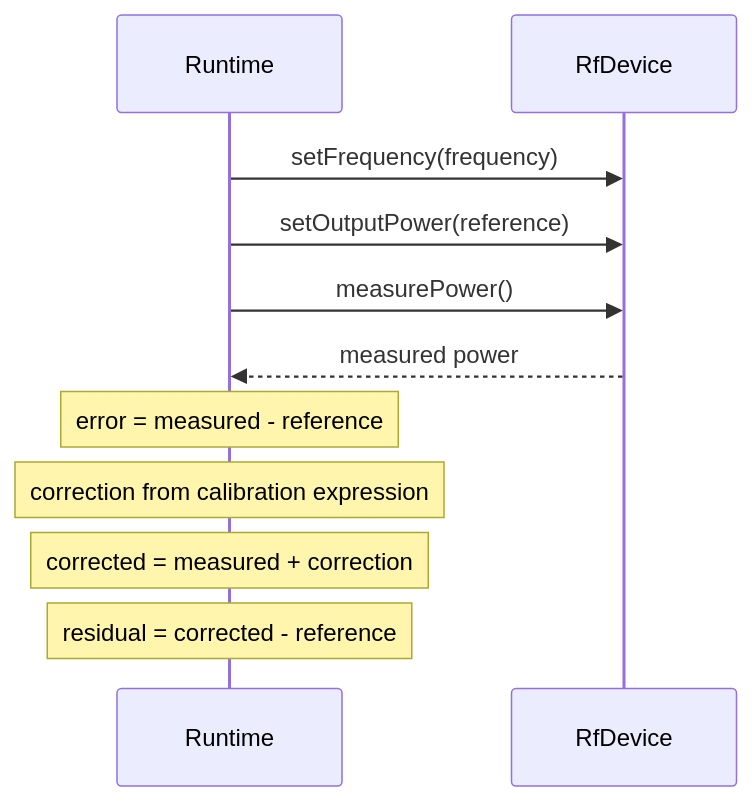
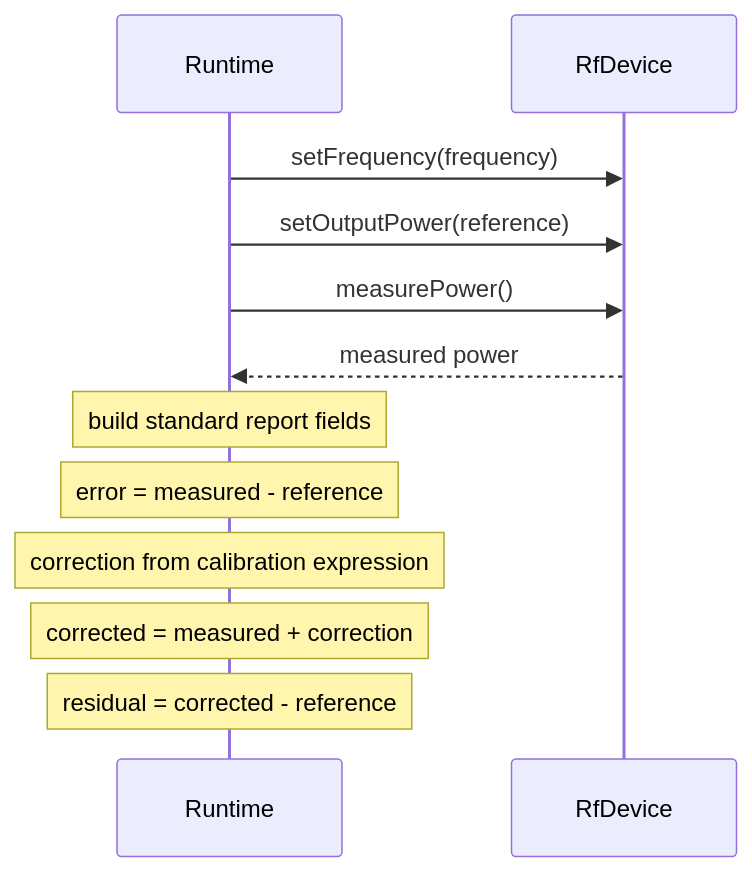
One commit to sergiorf/HorusRF changed the fourth of 4 diagrams in docs/architecture.md. Above: the diagram before and after it, drawn with Mermaid. The commit also changed other lines of this file and 7 other files, not shown here.

````diff
--- a/docs/architecture.md
+++ b/docs/architecture.md
@@ -192,13 +196,14 @@
 ```mermaid
 sequenceDiagram
     participant R as Runtime
     participant D as RfDevice
     R->>D: setFrequency(frequency)
     R->>D: setOutputPower(reference)
     R->>D: measurePower()
     D-->>R: measured power
+    Note over R: build standard report fields
     Note over R: error = measured - reference
     Note over R: correction from calibration expression
     Note over R: corrected = measured + correction
     Note over R: residual = corrected - reference
 ```
````
